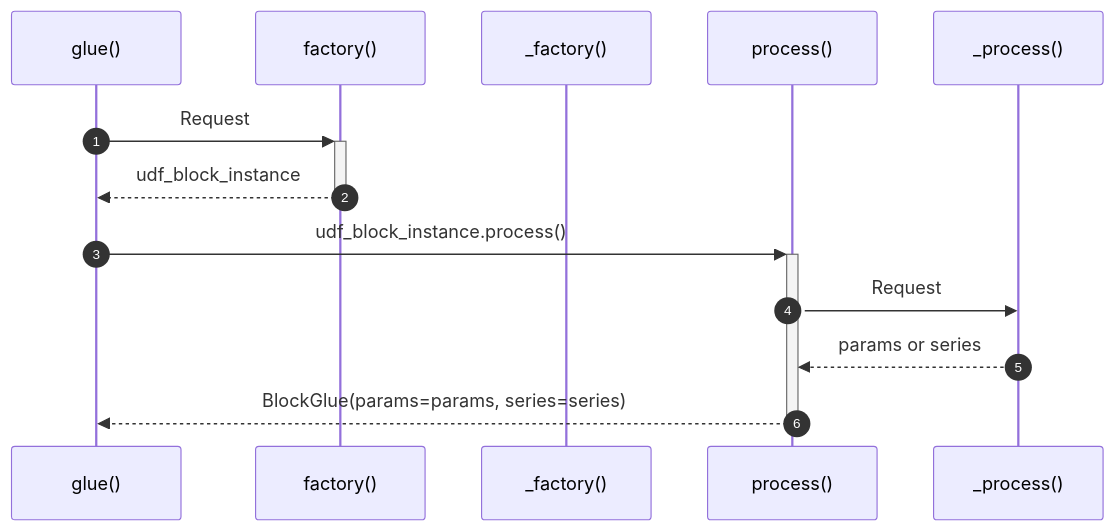
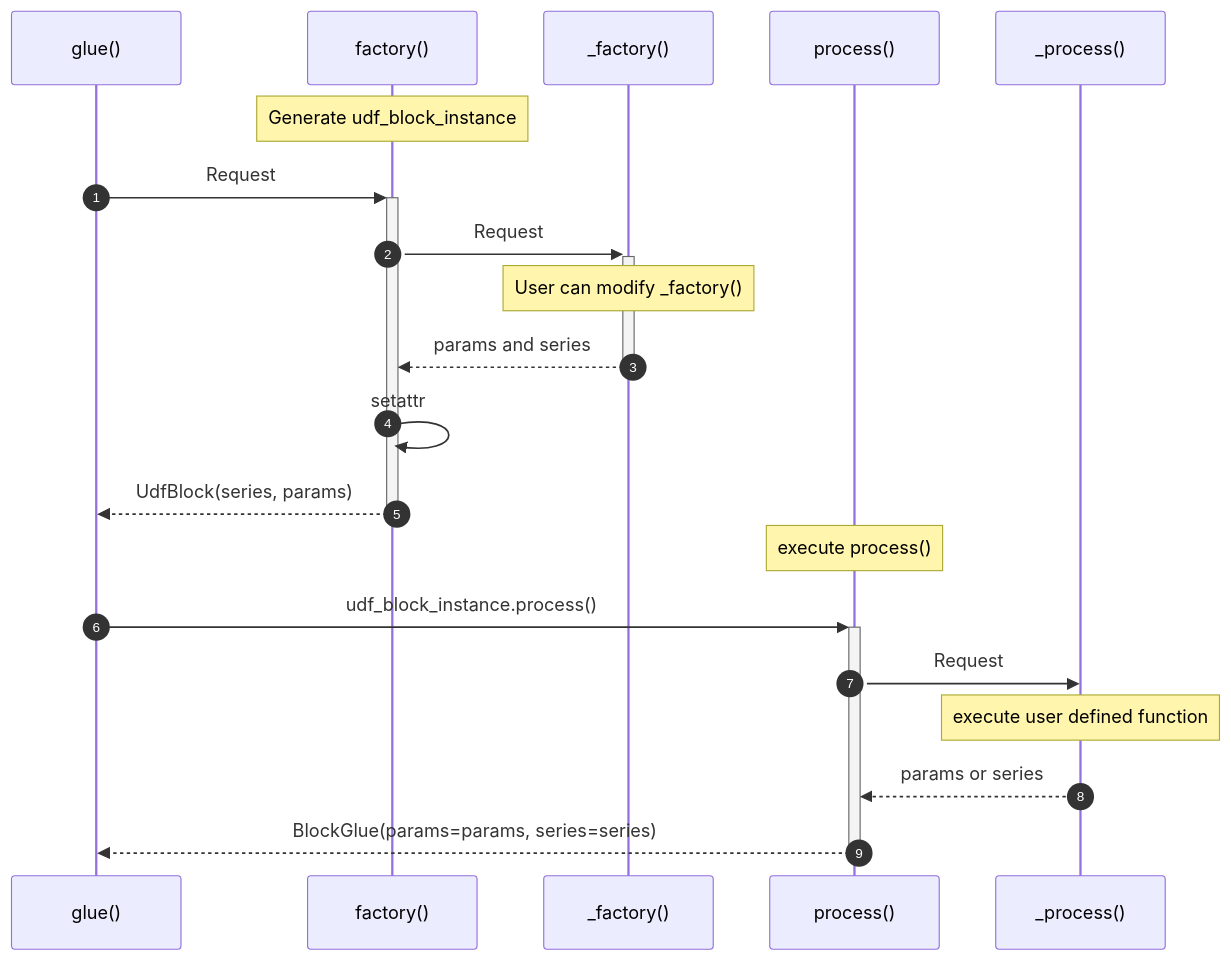
The diagram in README.md (gsy0911/kabutobashi), drawn with Mermaid before and after one commit. The commit also changed other lines of this file and 1 other file, not shown here.

Commit message:
#208 modify _factory concept

````diff
--- a/README.md
+++ b/README.md
@@ -95,15 +95,22 @@
 ```mermaid
 sequenceDiagram
   autonumber
   participant G as glue()
   participant S1 as factory()
   participant S2 as _factory()
   participant P1 as process()
   participant P2 as _process()
+  Note over S1: Generate udf_block_instance
   G->>+S1: Request
-  S1-->>-G: udf_block_instance
+  S1->>+S2: Request
+  Note over S2: User can modify _factory()
+  S2-->>-S1: params and series
+  S1->>S1: setattr
+  S1-->>-G: UdfBlock(series, params)
+  Note over P1: execute process()
   G->>+P1: udf_block_instance.process()
   P1->>P2: Request
+  Note over P2: execute user defined function
   P2-->>P1: params or series
   P1-->>-G: BlockGlue(params=params, series=series)
 ```
````
